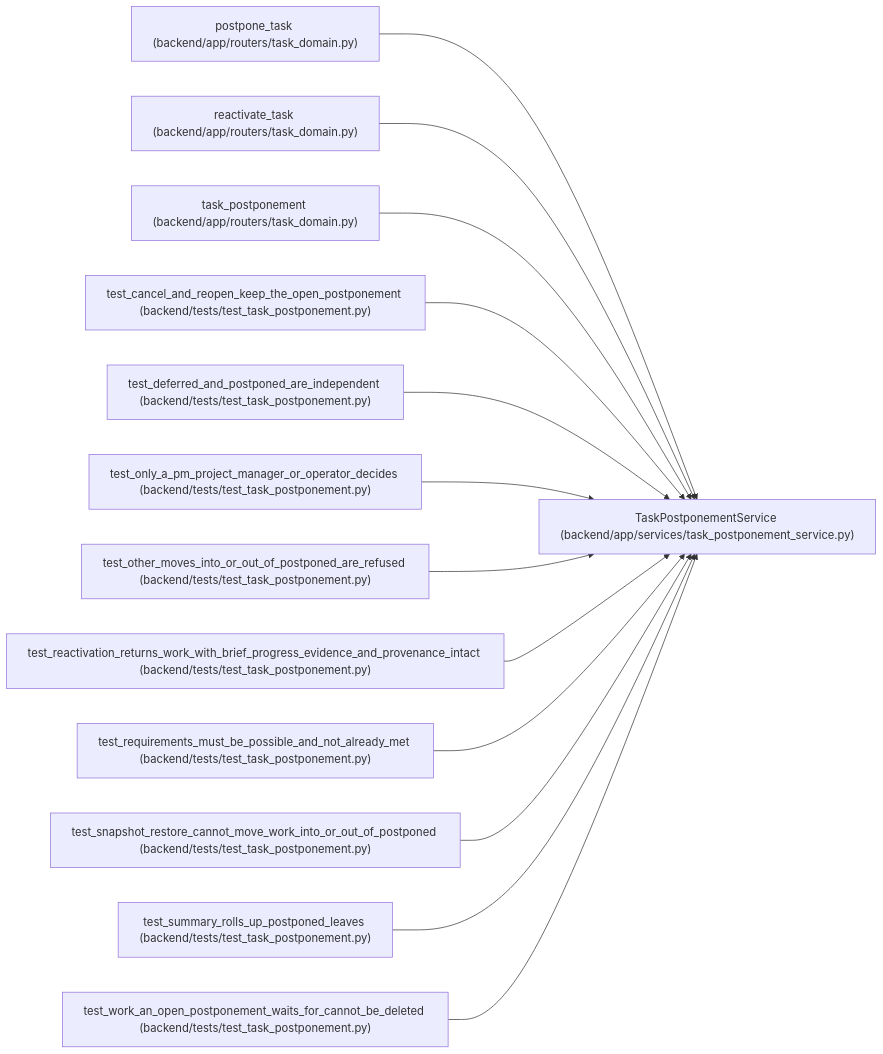
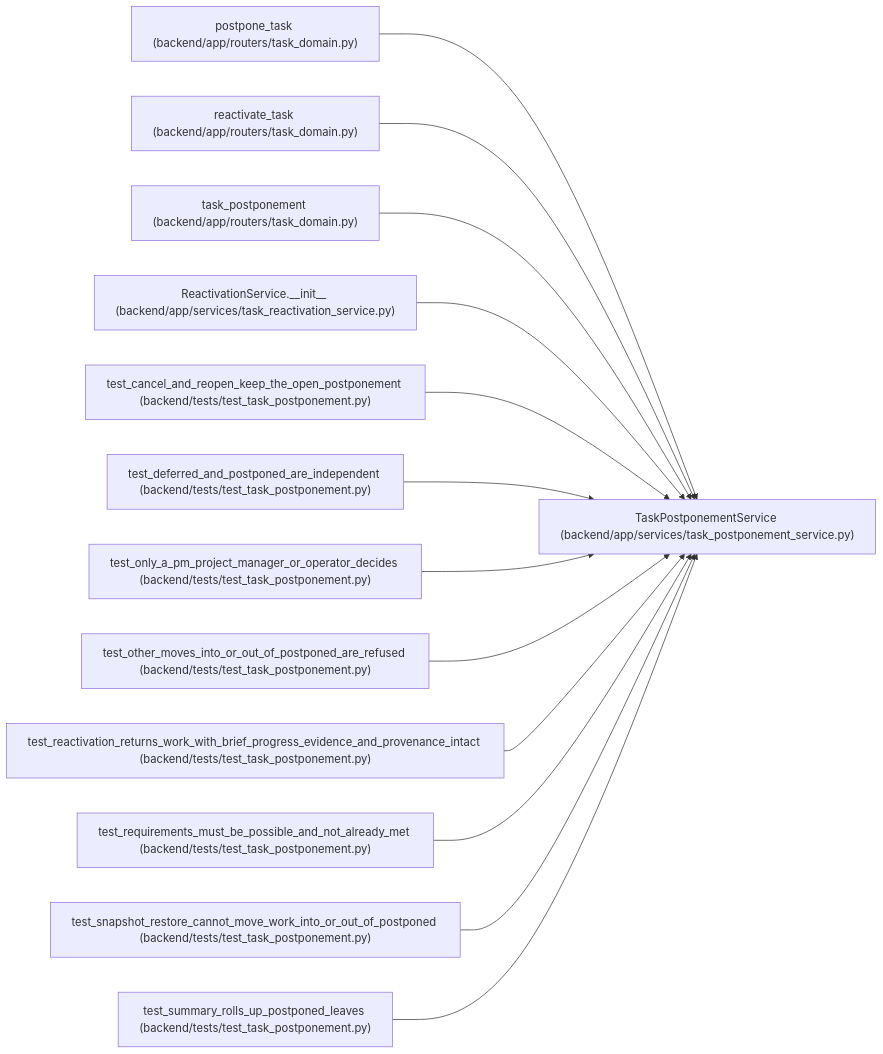
The diagram in docs/llm_wiki/entities/TaskPostponementService.md (Denissvgn/WorkChord), drawn with Mermaid before and after one commit. The commit also changed other lines of this file and 873 other files, not shown here.

Commit message:
Sync the architectural wiki for automatic reactivation of postponed tasks

````diff
--- a/docs/llm_wiki/entities/TaskPostponementService.md
+++ b/docs/llm_wiki/entities/TaskPostponementService.md
@@ -33,41 +34,41 @@
 ```mermaid
 flowchart LR
     n0["TaskPostponementService (backend/app/services/task_postponement_service.py)"]
     n1["postpone_task (backend/app/routers/task_domain.py)"]
     n2["reactivate_task (backend/app/routers/task_domain.py)"]
     n3["task_postponement (backend/app/routers/task_domain.py)"]
-    n4["test_cancel_and_reopen_keep_the_open_postponement (backend/tests/test_task_postponement.py)"]
-    n5["test_deferred_and_postponed_are_independent (backend/tests/test_task_postponement.py)"]
-    n6["test_only_a_pm_project_manager_or_operator_decides (backend/tests/test_task_postponement.py)"]
-    n7["test_other_moves_into_or_out_of_postponed_are_refused (backend/tests/test_task_postponement.py)"]
-    n8["test_reactivation_returns_work_with_brief_progress_evidence_and_provenance_intact (backend/tests/test_task_postponement.py)"]
-    n9["test_requirements_must_be_possible_and_not_already_met (backend/tests/test_task_postponement.py)"]
-    n10["test_snapshot_restore_cannot_move_work_into_or_out_of_postponed (backend/tests/test_task_postponement.py)"]
-    n11["test_summary_rolls_up_postponed_leaves (backend/tests/test_task_postponement.py)"]
-    n12["test_work_an_open_postponement_waits_for_cannot_be_deleted (backend/tests/test_task_postponement.py)"]
+    n4["ReactivationService.__init__ (backend/app/services/task_reactivation_service.py)"]
+    n5["test_cancel_and_reopen_keep_the_open_postponement (backend/tests/test_task_postponement.py)"]
+    n6["test_deferred_and_postponed_are_independent (backend/tests/test_task_postponement.py)"]
+    n7["test_only_a_pm_project_manager_or_operator_decides (backend/tests/test_task_postponement.py)"]
+    n8["test_other_moves_into_or_out_of_postponed_are_refused (backend/tests/test_task_postponement.py)"]
+    n9["test_reactivation_returns_work_with_brief_progress_evidence_and_provenance_intact (backend/tests/test_task_postponement.py)"]
+    n10["test_requirements_must_be_possible_and_not_already_met (backend/tests/test_task_postponement.py)"]
+    n11["test_snapshot_restore_cannot_move_work_into_or_out_of_postponed (backend/tests/test_task_postponement.py)"]
+    n12["test_summary_rolls_up_postponed_leaves (backend/tests/test_task_postponement.py)"]
     n1 --> n0
     n2 --> n0
     n3 --> n0
     n4 --> n0
     n5 --> n0
     n6 --> n0
     n7 --> n0
     n8 --> n0
     n9 --> n0
     n10 --> n0
     n11 --> n0
     n12 --> n0
     click n0 "../modules/task_postponement_service.md"
     click n1 "../modules/routers_task_domain.md"
     click n2 "../modules/routers_task_domain.md"
     click n3 "../modules/routers_task_domain.md"
-    click n4 "../modules/test_task_postponement.md"
+    click n4 "../modules/task_reactivation_service.md"
     click n5 "../modules/test_task_postponement.md"
     click n6 "../modules/test_task_postponement.md"
     click n7 "../modules/test_task_postponement.md"
     click n8 "../modules/test_task_postponement.md"
     click n9 "../modules/test_task_postponement.md"
     click n10 "../modules/test_task_postponement.md"
     click n11 "../modules/test_task_postponement.md"
     click n12 "../modules/test_task_postponement.md"
 ```
````
